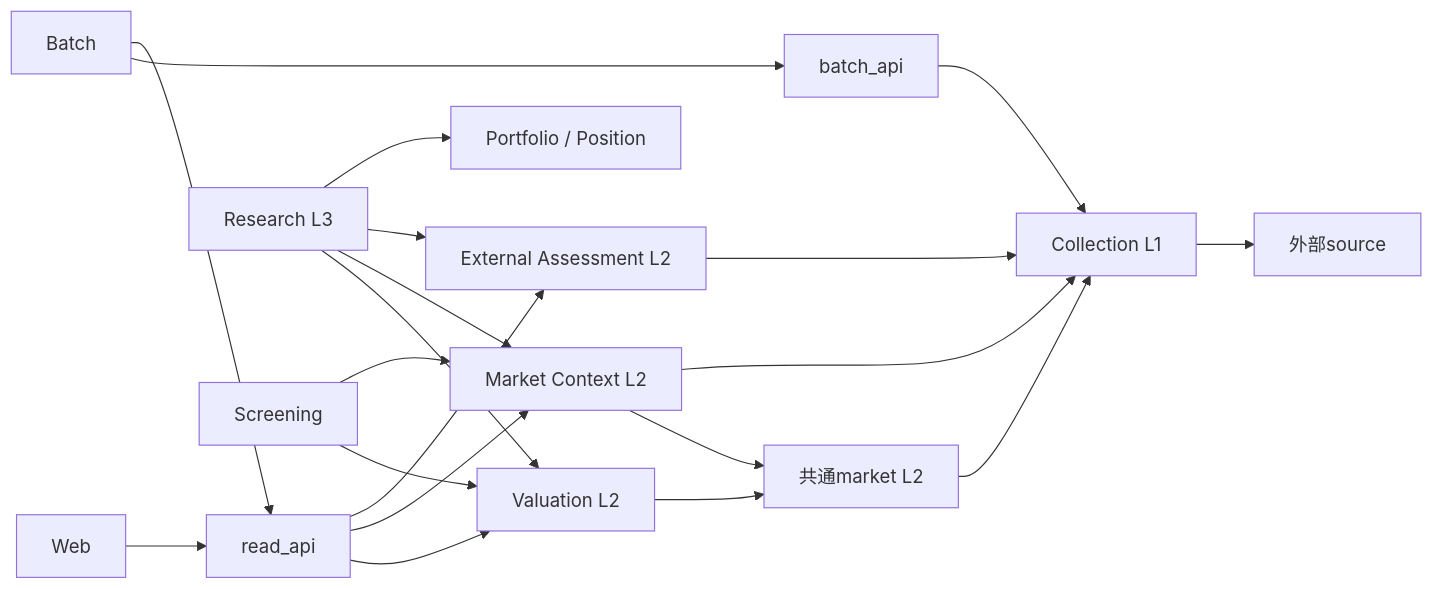
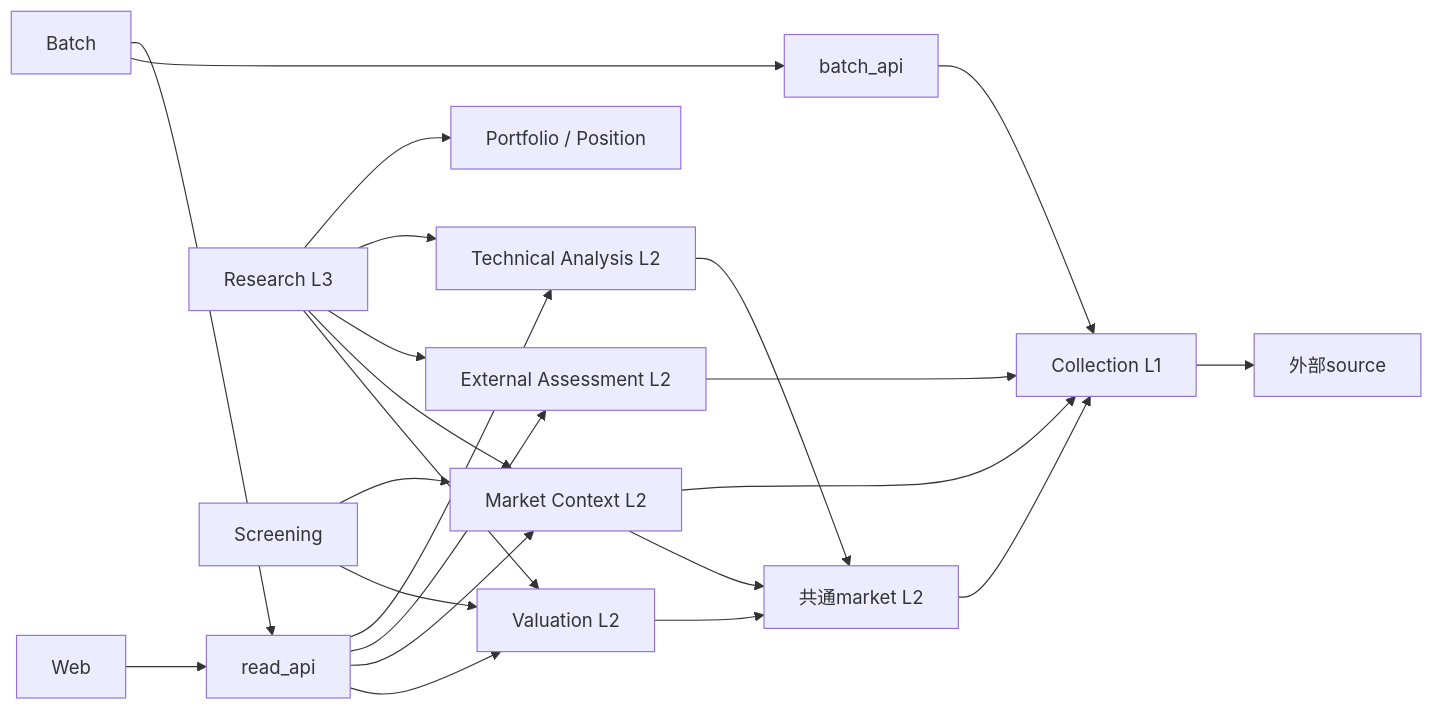
Before and after one commit to koumatsumoto/baibai-loop: the diagram in docs/architecture.md, drawn with Mermaid. The commit also changed other lines of this file and 5 other files, not shown here.

````diff
--- a/docs/architecture.md
+++ b/docs/architecture.md
@@ -42,22 +42,25 @@
 ```mermaid
 flowchart LR
     web[Web] --> read[read_api]
     batch[Batch] --> api[batch_api]
     batch --> read
     read --> valuation[Valuation L2]
     read --> context[Market Context L2]
     read --> external[External Assessment L2]
+    read --> technical[Technical Analysis L2]
     research[Research L3] --> valuation
     research --> context
     research --> external
+    research --> technical
     research --> position[Portfolio / Position]
     screening[Screening] --> valuation
     screening --> context
     valuation --> market[共通market L2]
+    technical --> market
     context --> market
     context --> collection[Collection L1]
     external --> collection
     market --> collection
     api --> collection
     collection --> sources[外部source]
 ```
````
